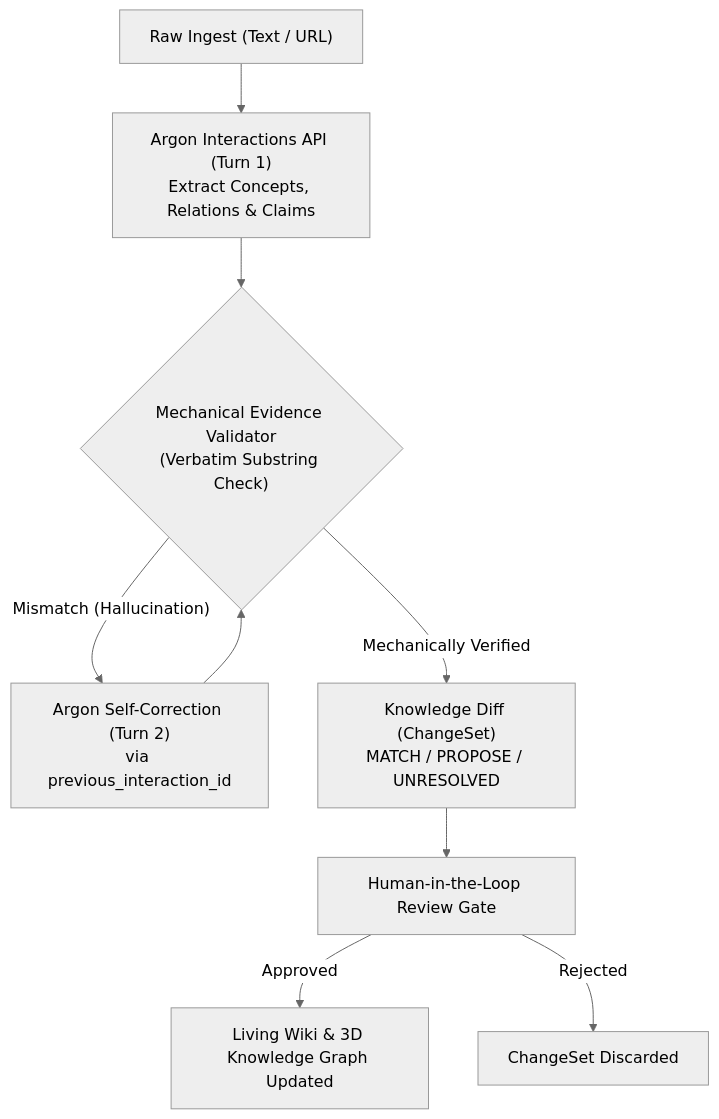
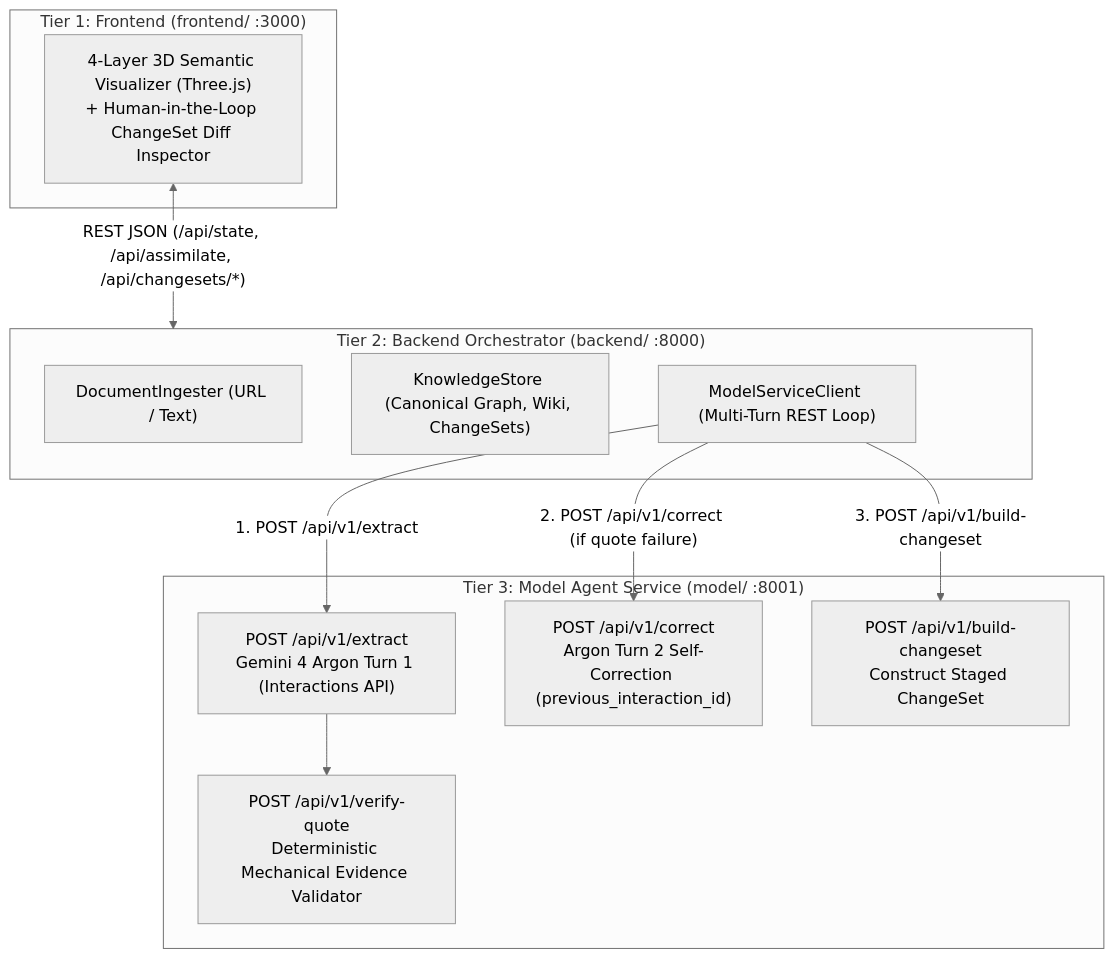
Before and after one commit to GoBeromsu/project-idea: the diagram in README.md, drawn with Mermaid (neutral theme). The commit also changed other lines of this file and 30 other files, not shown here.

Commit message:
ci(cd): configure parallel 3-tier CI, automated GitHub Releases, .gitignore, and port 8000 Docker build

````diff
--- a/README.md
+++ b/README.md
@@ -27,11 +27,25 @@
 ```mermaid
 flowchart TD
-    A["Raw Ingest (Text / URL)"] --> B["Argon Interactions API (Turn 1)<br/>Extract Concepts, Relations & Claims"]
-    B --> C{"Mechanical Evidence Validator<br/>(Verbatim Substring Check)"}
-    C -- "Mismatch (Hallucination)" --> D["Argon Self-Correction (Turn 2)<br/>via previous_interaction_id"]
-    D --> C
-    C -- "Mechanically Verified" --> E["Knowledge Diff (ChangeSet)<br/>MATCH / PROPOSE / UNRESOLVED"]
-    E --> F["Human-in-the-Loop Review Gate"]
-    F -- "Approved" --> G["Living Wiki & 3D Knowledge Graph Updated"]
-    F -- "Rejected" --> H["ChangeSet Discarded"]
+    subgraph Tier1["Tier 1: Frontend (frontend/ :3000)"]
+        UI["4-Layer 3D Semantic Visualizer (Three.js)<br/>+ Human-in-the-Loop ChangeSet Diff Inspector"]
+    end
+
+    subgraph Tier2["Tier 2: Backend Orchestrator (backend/ :8000)"]
+        Ingest["DocumentIngester (URL / Text)"]
+        Store["KnowledgeStore (Canonical Graph, Wiki, ChangeSets)"]
+        Client["ModelServiceClient (Multi-Turn REST Loop)"]
+    end
+
+    subgraph Tier3["Tier 3: Model Agent Service (model/ :8001)"]
+        Turn1["POST /api/v1/extract<br/>Gemini 4 Argon Turn 1 (Interactions API)"]
+        Validator["POST /api/v1/verify-quote<br/>Deterministic Mechanical Evidence Validator"]
+        Turn2["POST /api/v1/correct<br/>Argon Turn 2 Self-Correction (previous_interaction_id)"]
+        BuildCS["POST /api/v1/build-changeset<br/>Construct Staged ChangeSet"]
+    end
+
+    UI <-->|"REST JSON (/api/state, /api/assimilate, /api/changesets/*)"| Tier2
+    Client -->|"1. POST /api/v1/extract"| Turn1
+    Turn1 --> Validator
+    Client -->|"2. POST /api/v1/correct (if quote failure)"| Turn2
+    Client -->|"3. POST /api/v1/build-changeset"| BuildCS
 ```
````
